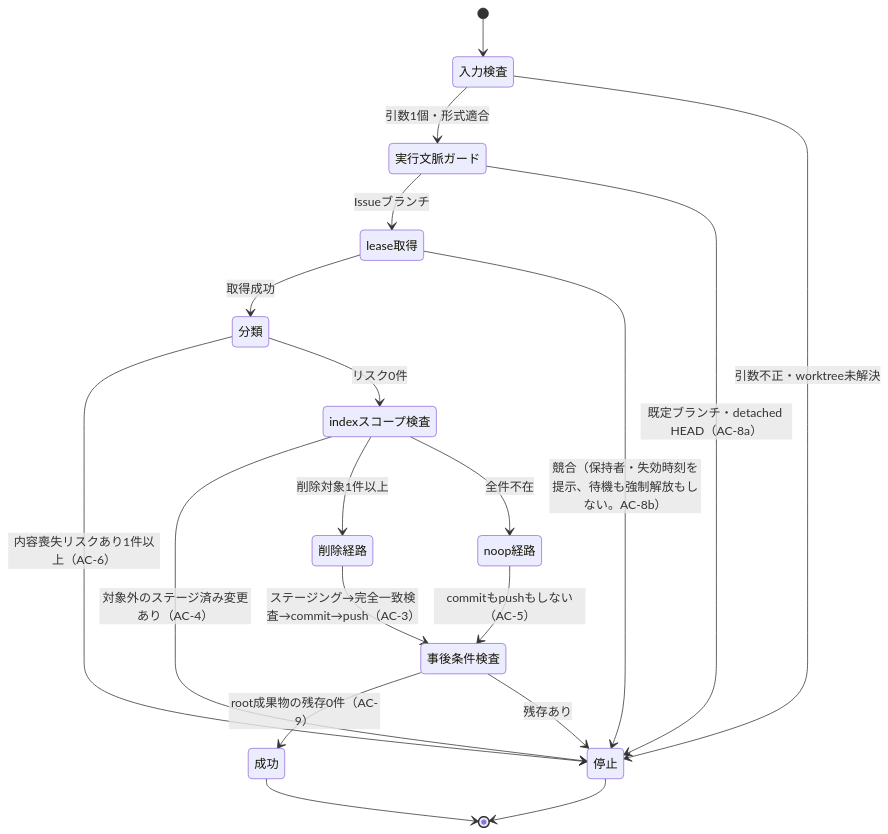
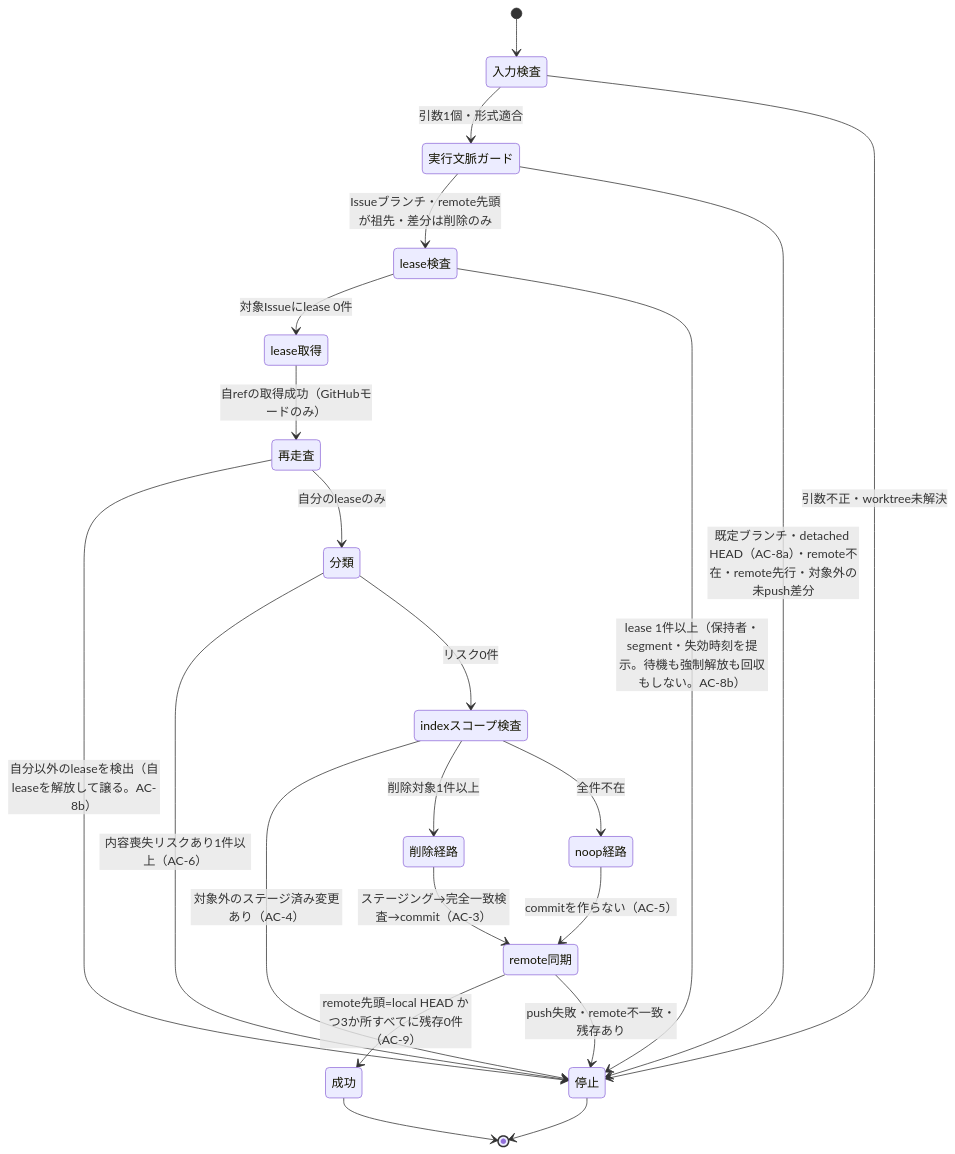
The second of 2 diagrams in DESIGN.md (techbeansjp-free/AGENTS.md), drawn with Mermaid before and after one commit. The commit also changed other lines of this file and 2 other files, not shown here.

````diff
--- a/DESIGN.md
+++ b/DESIGN.md
@@ -105,21 +125,24 @@
 ```mermaid
 stateDiagram-v2
     [*] --> 入力検査
     入力検査 --> 実行文脈ガード: 引数1個・形式適合
     入力検査 --> 停止: 引数不正・worktree未解決
-    実行文脈ガード --> lease取得: Issueブランチ
-    実行文脈ガード --> 停止: 既定ブランチ・detached HEAD（AC-8a）
-    lease取得 --> 分類: 取得成功
-    lease取得 --> 停止: 競合（保持者・失効時刻を提示、待機も強制解放もしない。AC-8b）
+    実行文脈ガード --> lease検査: Issueブランチ・remote先頭が祖先・差分は削除のみ
+    実行文脈ガード --> 停止: 既定ブランチ・detached HEAD（AC-8a）・remote不在・remote先行・対象外の未push差分
+    lease検査 --> lease取得: 対象Issueにlease 0件
+    lease検査 --> 停止: lease 1件以上（保持者・segment・失効時刻を提示。待機も強制解放も回収もしない。AC-8b）
+    lease取得 --> 再走査: 自refの取得成功（GitHubモードのみ）
+    再走査 --> 停止: 自分以外のleaseを検出（自leaseを解放して譲る。AC-8b）
+    再走査 --> 分類: 自分のleaseのみ
     分類 --> 停止: 内容喪失リスクあり1件以上（AC-6）
     分類 --> indexスコープ検査: リスク0件
     indexスコープ検査 --> 停止: 対象外のステージ済み変更あり（AC-4）
     indexスコープ検査 --> 削除経路: 削除対象1件以上
     indexスコープ検査 --> noop経路: 全件不在
-    削除経路 --> 事後条件検査: ステージング→完全一致検査→commit→push（AC-3）
-    noop経路 --> 事後条件検査: commitもpushもしない（AC-5）
-    事後条件検査 --> 成功: root成果物の残存0件（AC-9）
-    事後条件検査 --> 停止: 残存あり
+    削除経路 --> remote同期: ステージング→完全一致検査→commit（AC-3）
+    noop経路 --> remote同期: commitを作らない（AC-5）
+    remote同期 --> 成功: remote先頭=local HEAD かつ3か所すべてに残存0件（AC-9）
+    remote同期 --> 停止: push失敗・remote不一致・残存あり
     成功 --> [*]
     停止 --> [*]
 ```
````
